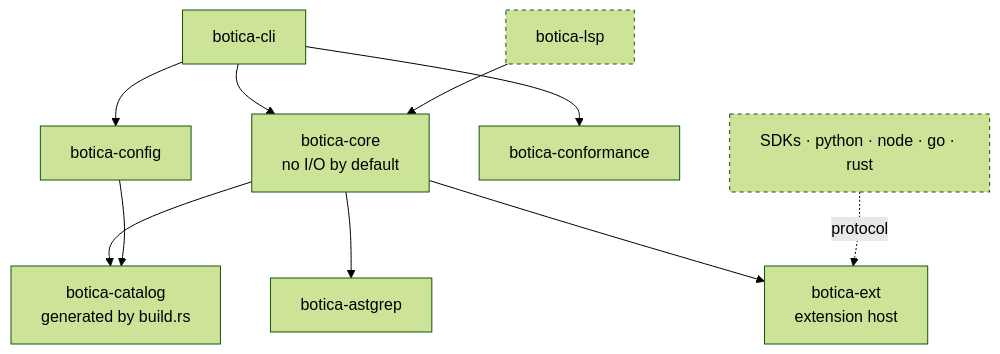
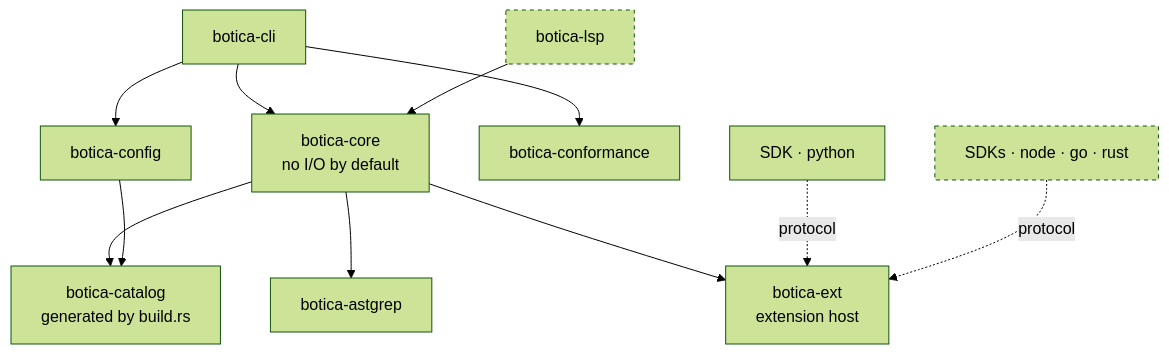
The second of 2 diagrams in docs/adr/0003-botica-lint-architecture.md (collectiveai-team/botica), drawn with Mermaid (forest theme) before and after one commit. The commit also changed 1 other file, not shown here.

Commit message:
docs(lint): pin botica[sdk] to a version in the extension example and mark the Python SDK as built in the ADR diagram

````diff
--- a/docs/adr/0003-botica-lint-architecture.md
+++ b/docs/adr/0003-botica-lint-architecture.md
@@ -43,13 +43,14 @@
 ```mermaid
 flowchart TD
   cli[botica-cli] --> core
   cli --> config[botica-config]
   cli --> conformance[botica-conformance]
   lsp[botica-lsp]:::planned --> core
   core[botica-core<br/>no I/O by default] --> catalog[botica-catalog<br/>generated by build.rs]
   config --> catalog
   core --> astgrep[botica-astgrep]
   core --> ext[botica-ext<br/>extension host]
-  sdk[SDKs · python · node · go · rust]:::planned -. protocol .-> ext
+  sdk[SDK · python] -. protocol .-> ext
+  sdks[SDKs · node · go · rust]:::planned -. protocol .-> ext
   classDef planned stroke-dasharray: 4 4
 ```
````
